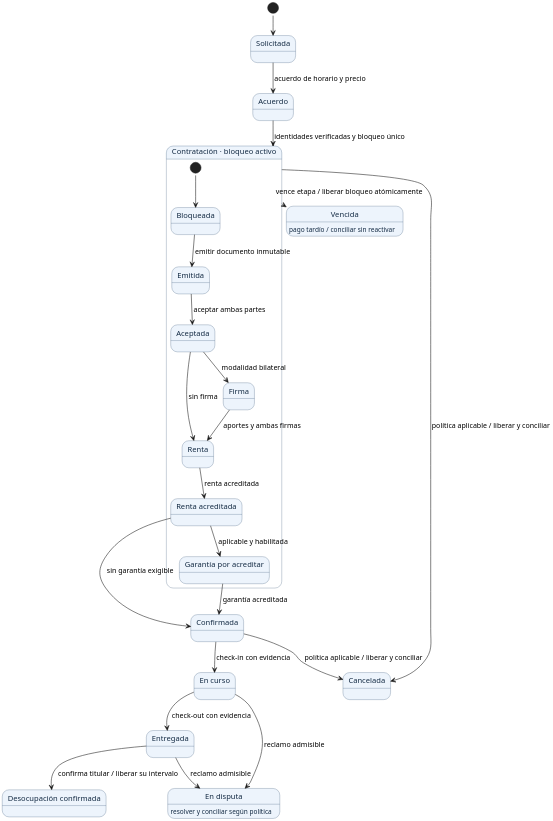
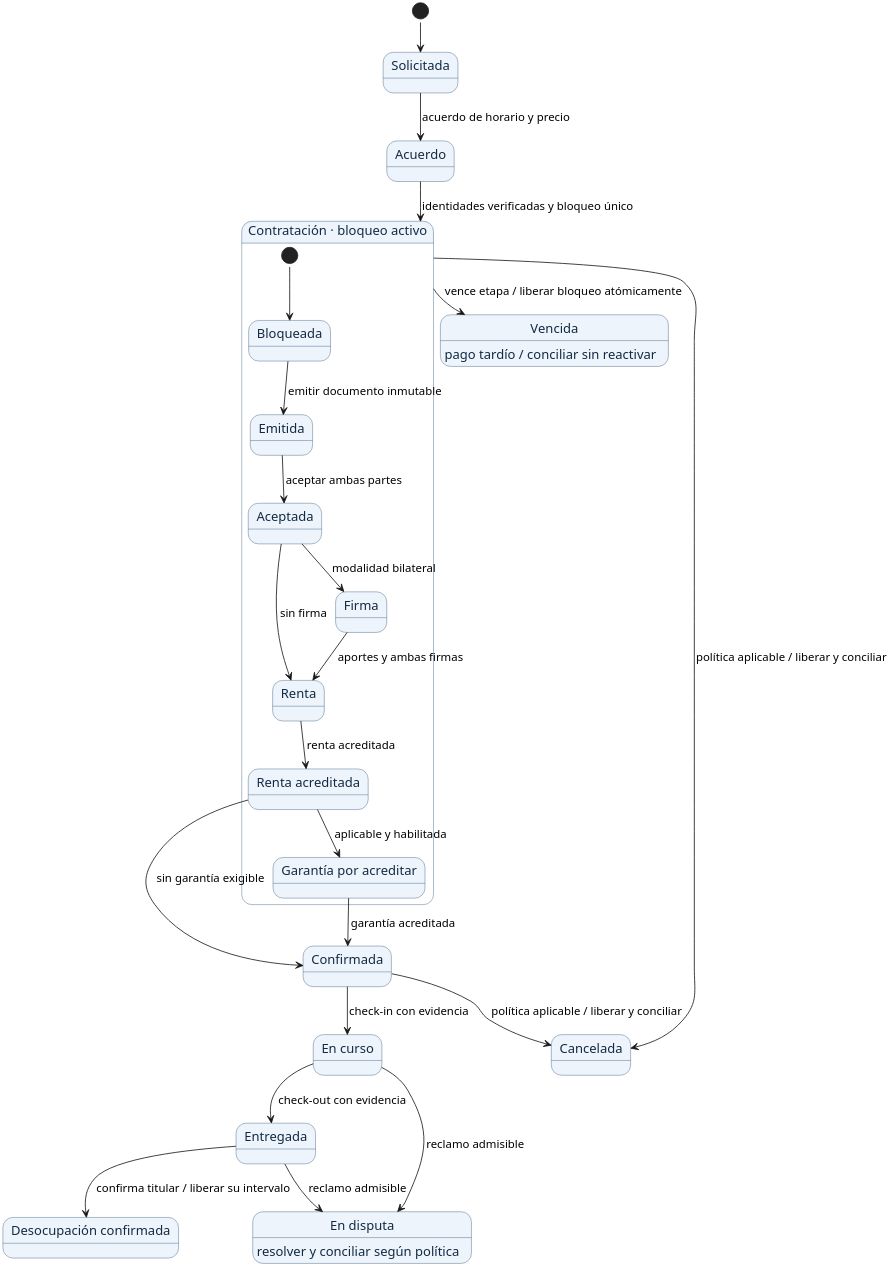
One commit to HernanEspinozaDev/proyectotitulo changed the diagram in tesis_final/assets/diagramas_src/fig09_contratacion_objetivo.puml. Above: the diagram before and after it, drawn with PlantUML. The commit also changed 18 other files, not shown here.

```diff
--- a/tesis_final/assets/diagramas_src/fig09_contratacion_objetivo.puml
+++ b/tesis_final/assets/diagramas_src/fig09_contratacion_objetivo.puml
@@ -1,40 +1,44 @@
 @startuml
 !pragma layout smetana
-skinparam dpi 200
+skinparam dpi 300
+skinparam ranksep 16
+skinparam nodesep 20
+skinparam ArrowFontSize 14
 skinparam shadowing false
 skinparam state {
   BackgroundColor #EDF4FC
   BorderColor #345575
   FontColor #132A43
+  FontSize 16
 }
 [*] --> Solicitada
 Solicitada --> Acuerdo : acuerdo de horario y precio
 Acuerdo --> Contratacion : identidades verificadas y bloqueo único
 state "Contratación · bloqueo activo" as Contratacion {
   [*] --> Bloqueada
   Bloqueada --> Emitida : emitir documento inmutable
   Emitida --> Aceptada : aceptar ambas partes
   Aceptada --> Renta : sin firma
   Aceptada --> Firma : modalidad bilateral
   Firma --> Renta : aportes y ambas firmas
   Renta --> Cobros : renta acreditada
   Cobros --> Garantia : aplicable y habilitada
   state "Garantía por acreditar" as Garantia
   state "Renta acreditada" as Cobros
 }
 Contratacion --> Vencida : vence etapa / liberar bloqueo atómicamente
 Vencida : pago tardío / conciliar sin reactivar
 Cobros --> Confirmada : sin garantía exigible
 Garantia --> Confirmada : garantía acreditada
 Contratacion --> Cancelada : política aplicable / liberar y conciliar
 Confirmada --> Cancelada : política aplicable / liberar y conciliar
 Confirmada --> EnCurso : check-in con evidencia
 state "En curso" as EnCurso
 EnCurso --> Entregada : check-out con evidencia
 Entregada --> Desocupada : confirma titular / liberar su intervalo
 state "Desocupación confirmada" as Desocupada
 EnCurso --> Disputa : reclamo admisible
 Entregada --> Disputa : reclamo admisible
 state "En disputa" as Disputa
 Disputa : resolver y conciliar según política
 @enduml
```
